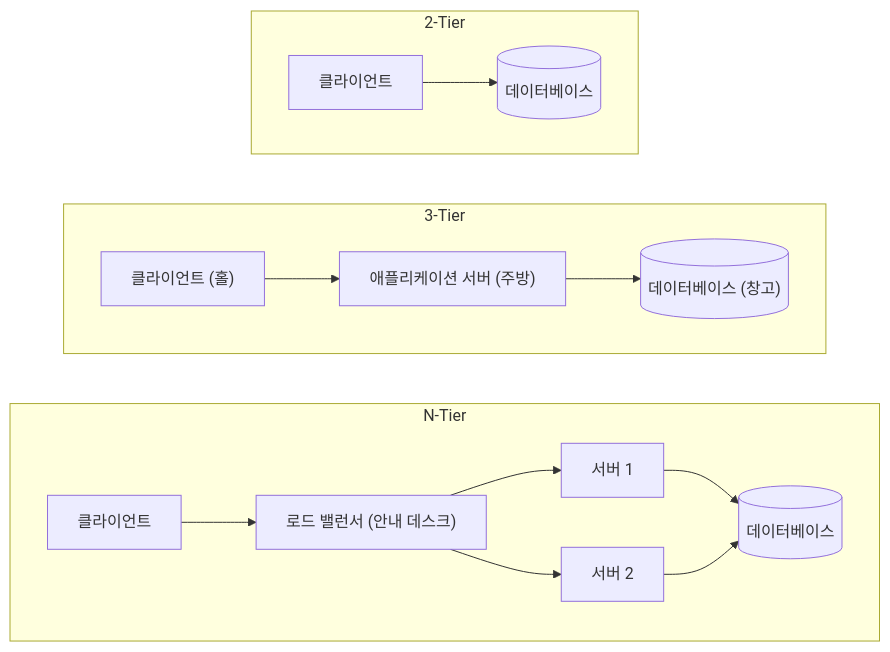
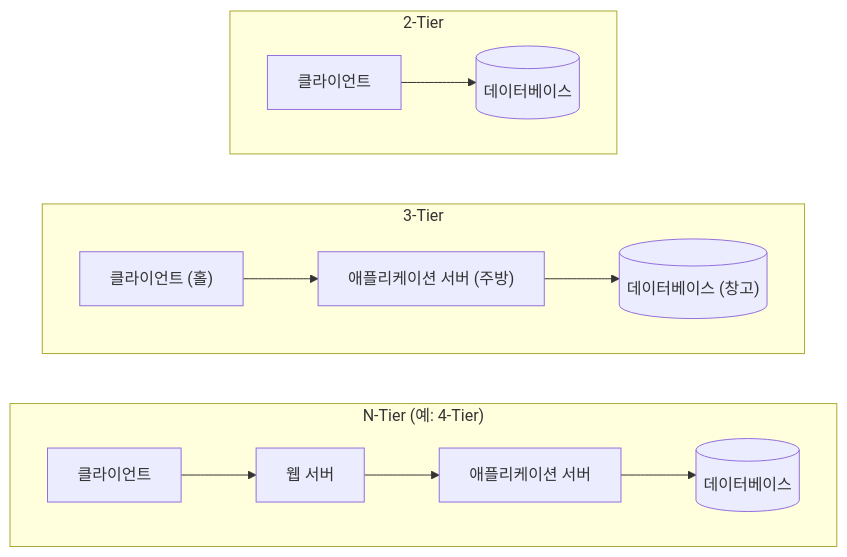
One commit to JangHwanPark/Note changed the fourth of 6 diagrams in CS_Basic/클라이언트-서버 구조(Client-Server Architecture)/README.md. Above: the diagram before and after it, drawn with Mermaid. The commit also changed other lines of this file and 22 other files, not shown here.

Commit message:
note: 리뷰 지적 반영(CS_Basic, Architecture, NextJS, Canvas)

````diff
--- a/CS_Basic/클라이언트-서버 구조(Client-Server Architecture)/README.md
+++ b/CS_Basic/클라이언트-서버 구조(Client-Server Architecture)/README.md
@@ -126,20 +128,16 @@
 ```mermaid
 flowchart TB
     subgraph T2["2-Tier"]
         direction LR
         A1["클라이언트"] --> A2[("데이터베이스")]
     end
     subgraph T3["3-Tier"]
         direction LR
         B1["클라이언트 (홀)"] --> B2["애플리케이션 서버 (주방)"] --> B3[("데이터베이스 (창고)")]
     end
-    subgraph TN["N-Tier"]
+    subgraph TN["N-Tier (예: 4-Tier)"]
         direction LR
-        C1["클라이언트"] --> C2["로드 밸런서 (안내 데스크)"]
-        C2 --> C3["서버 1"]
-        C2 --> C4["서버 2"]
-        C3 --> C5[("데이터베이스")]
-        C4 --> C5
+        C1["클라이언트"] --> C2["웹 서버"] --> C3["애플리케이션 서버"] --> C4[("데이터베이스")]
     end
     T2 ~~~ T3 ~~~ TN
 ```
````
